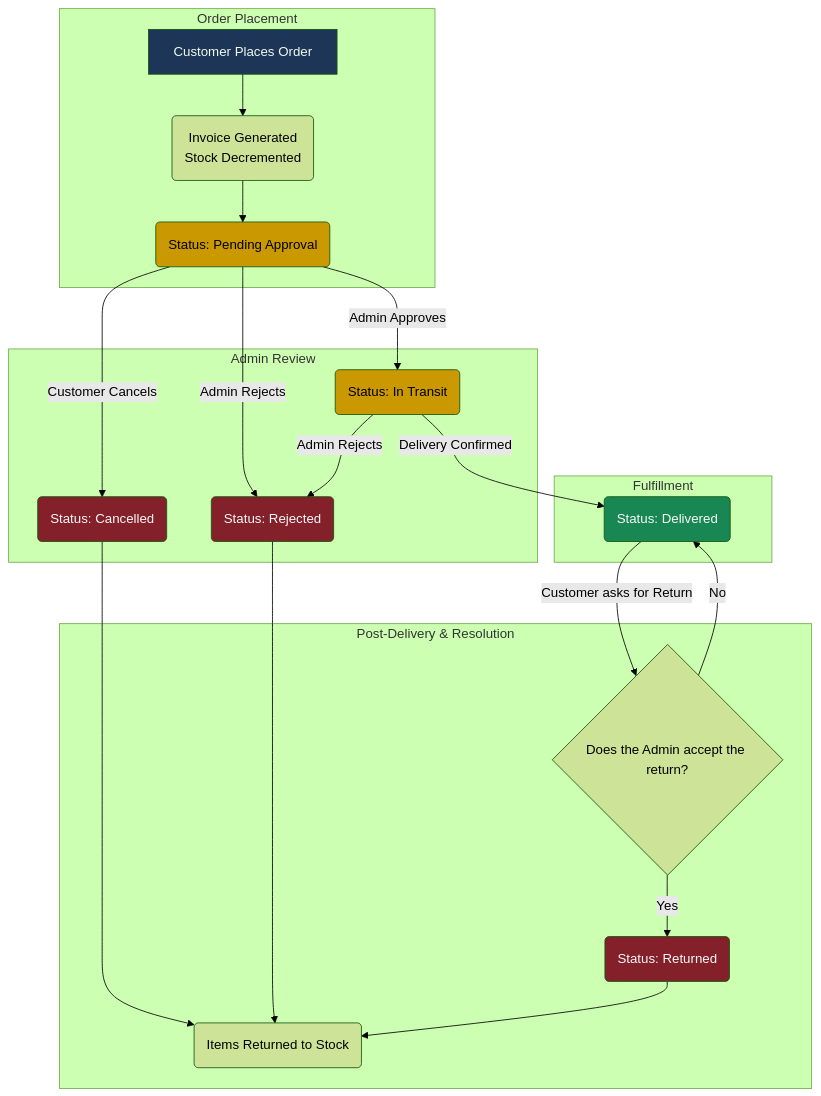
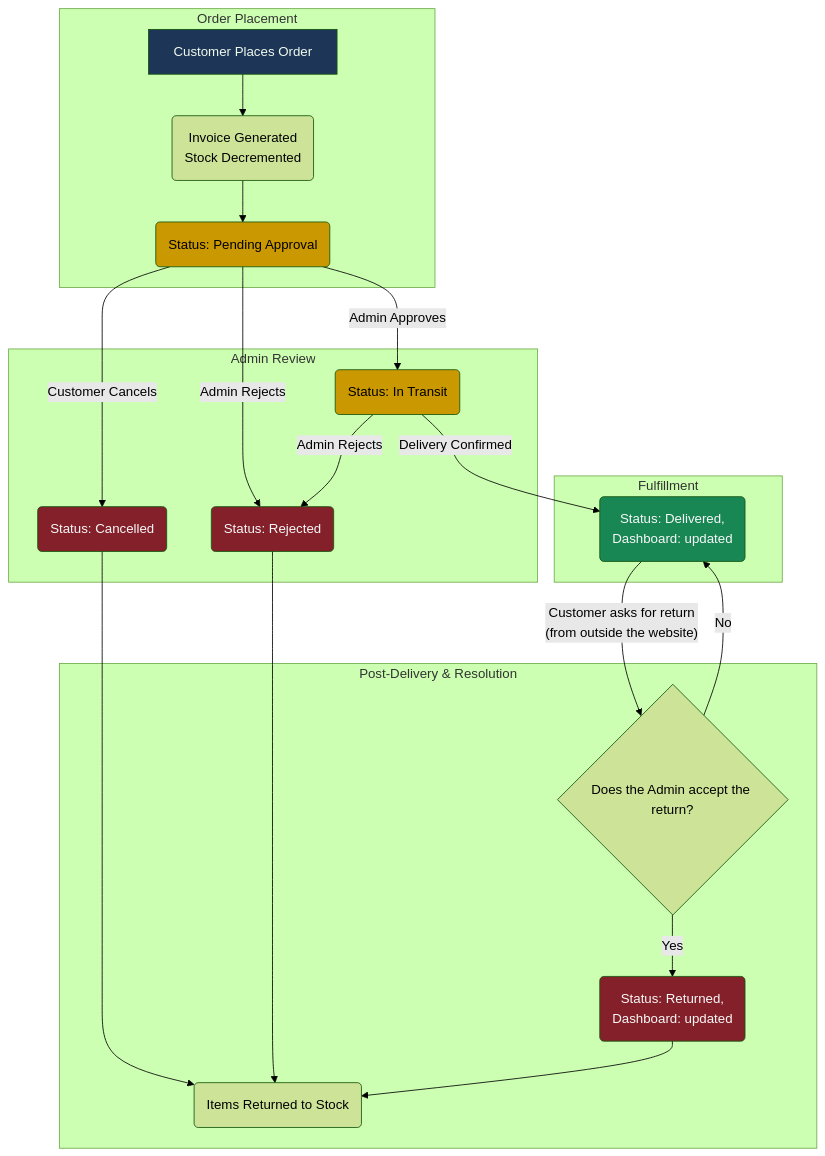
The first of 2 diagrams in docs/03-Guides/Store-Management/How-the-Orders-System-Works.md (aymanbazyan/storeflow-docs), drawn with Mermaid (forest theme) before and after one commit. The commit also changed other lines of this file and 5 other files, not shown here.

````diff
--- a/docs/03-Guides/Store-Management/How-the-Orders-System-Works.md
+++ b/docs/03-Guides/Store-Management/How-the-Orders-System-Works.md
@@ -12,37 +12,37 @@
 ```mermaid
 graph TD;
 
     subgraph "Order Placement"
         A[Customer Places Order] --> Y(Invoice Generated <br/> Stock Decremented)--> B(Status: Pending Approval);
     end
 
     subgraph "Admin Review"
         B --> |Admin Approves| F(Status: In Transit);
         B --> |Admin Rejects| D(Status: Rejected);
         B --> |Customer Cancels| E(Status: Cancelled);
     end
 
     subgraph "Fulfillment"
-        F --> |Delivery Confirmed| G(Status: Delivered);
+        F --> |Delivery Confirmed| G(Status: Delivered,<br/>Dashboard: updated);
         F --> |Admin Rejects| D;
     end
 
     subgraph "Post-Delivery & Resolution"
-        G --> |Customer asks for Return| H{Does the Admin accept the return?};
-        H --> |Yes| K(Status: Returned);
+        G --> |"Customer asks for return<br/>(from outside the website)"| H{Does the Admin accept the return?};
+        H --> |Yes| K(Status: Returned,<br/>Dashboard: updated);
         H --> |No| G;
 
         E --> Z(Items Returned to Stock);
         D --> Z;
         K --> Z
     end
 
     %% Dark Mode Friendly Styles
     style A fill:#1d3557,color:#f1faee
     style B fill:#ca9800,color:#000
     style F fill:#ca9800,color:#000
     style G fill:#198754,color:#f8f9fa
     style D fill:#842029,color:#f8f9fa
     style E fill:#842029,color:#f8f9fa
     style K fill:#842029,color:#f8f9fa
 ```
````
